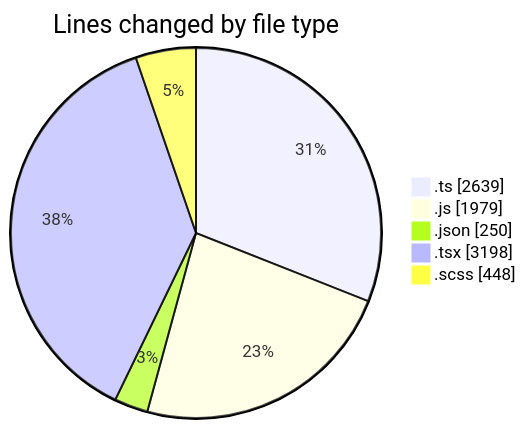
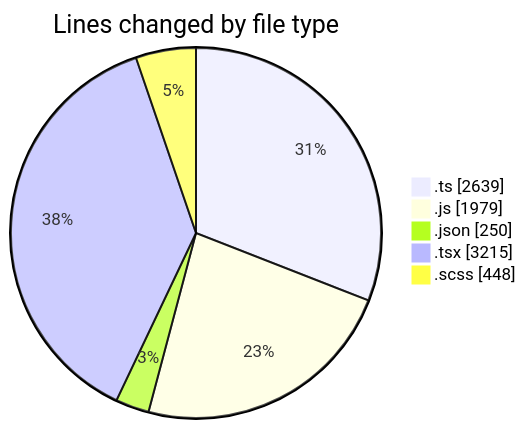
Before and after one commit to momahboobian/code-tracking: the first of 2 diagrams in 2026-06-18/cda/README.md, drawn with Mermaid. The commit also changed other lines of this file and 1 other file, not shown here.

````diff
--- a/2026-06-18/cda/README.md
+++ b/2026-06-18/cda/README.md
@@ -62,9 +62,9 @@
 ```mermaid
 pie showData
 title Lines changed by file type
 ".ts" : 2639
 ".js" : 1979
 ".json" : 250
-".tsx" : 3198
+".tsx" : 3215
 ".scss" : 448
 ```
````
